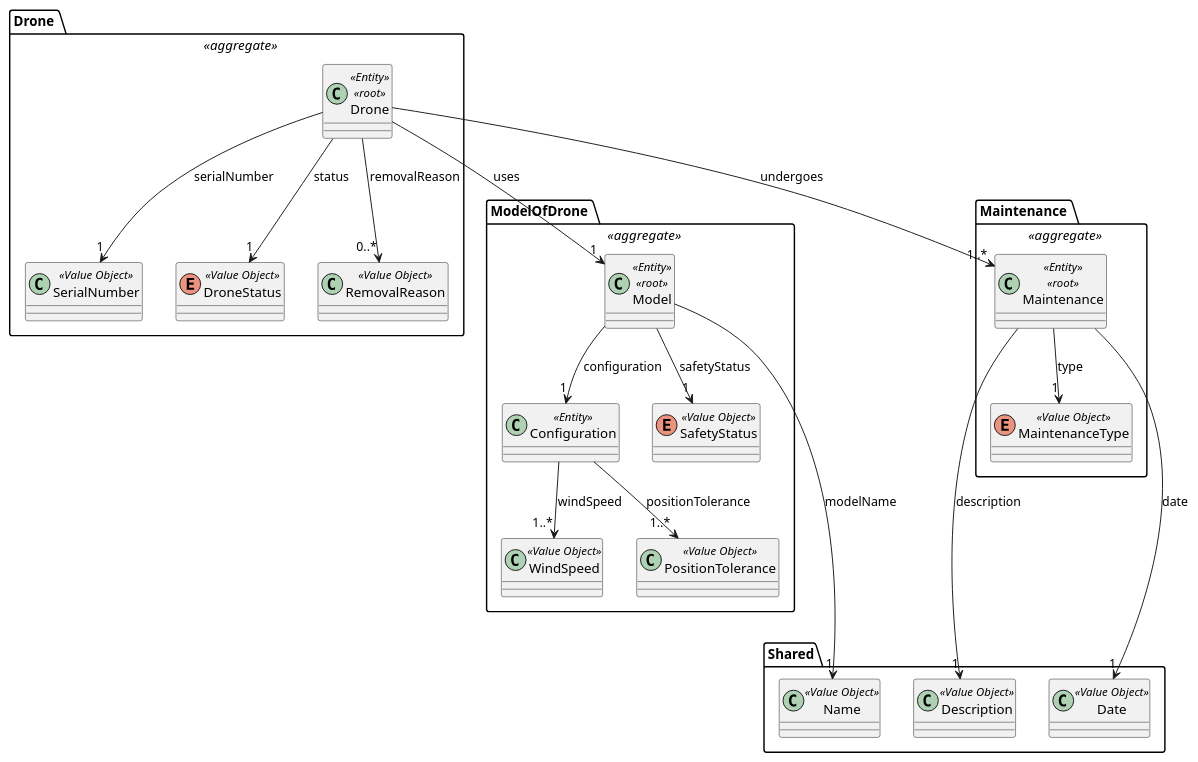
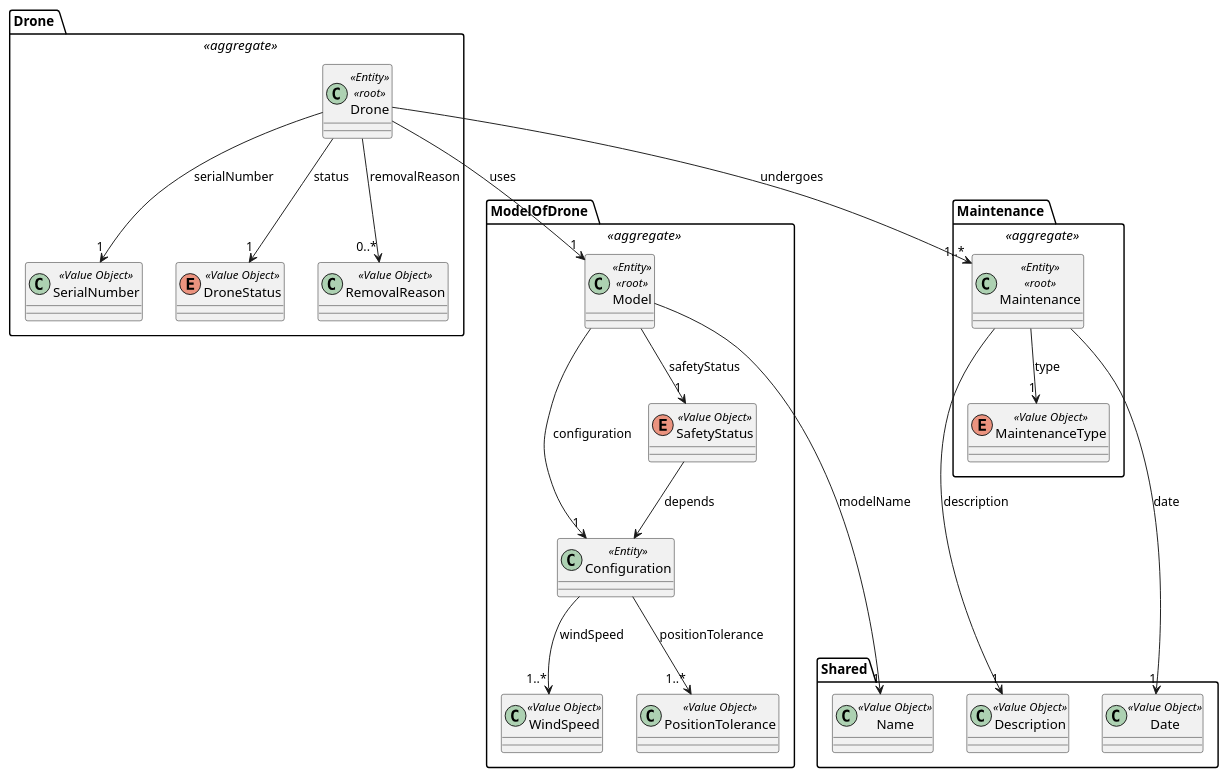
One commit to diogoveirospro/sem4pi-2024-2025-sem4pi_2024_2025_g44 changed the diagram in docs/global_artifacts/analysis/puml/domain_model_drone.puml. Above: the diagram before and after it, drawn with PlantUML. The commit also changed 20 other files, not shown here.

```diff
--- a/docs/global_artifacts/analysis/puml/domain_model_drone.puml
+++ b/docs/global_artifacts/analysis/puml/domain_model_drone.puml
@@ -1,85 +1,87 @@
 @startuml
 
 package "Drone " <<aggregate>> {
 
     class Drone <<Entity>> <<root>>{
     }
 
     class SerialNumber <<Value Object>>{
     }
 
     enum DroneStatus <<Value Object>>{
     }
 
      class RemovalReason <<Value Object>>{
         }
 
     'Drone -> x
     Drone --> "1" DroneStatus: status
     Drone --> "1" SerialNumber: serialNumber
     Drone --> "0..*" RemovalReason: removalReason
 }
 
 package "ModelOfDrone " <<aggregate>> {
 
     class Model <<Entity>> <<root>>{
     }
 
     class Configuration <<Entity>>{
     }
 
     class WindSpeed <<Value Object>>{
     }
 
     class PositionTolerance <<Value Object>>{
     }
 
     enum SafetyStatus <<Value Object>>{
     }
 
     'Model -> x
     Model --> "1" Configuration: configuration
     Configuration --> "1..*" WindSpeed: windSpeed
     Configuration --> "1..*" PositionTolerance: positionTolerance
     Model --> "1" SafetyStatus: safetyStatus
+        SafetyStatus -->  Configuration: depends
+
 
     'Drone -> x
     Drone --> "1" Model: uses
 
 }
 
 package "Maintenance " <<aggregate>> {
 
     class Maintenance <<Entity>> <<root>>{
     }
 
     enum MaintenanceType <<Value Object>>{
     }
 
     'Maintenance -> x
     Maintenance --> "1" MaintenanceType: type
 
     'Drone -> x
     Drone --> "1..*" Maintenance: undergoes
 }
 
 package Shared {
 
     class Date <<Value Object>>{
     }
 
     class Description <<Value Object>>{
     }
 
     class Name <<Value Object>>{
     }
 
     'Maintenance -> x
     Maintenance ----> "1" Date: date
     Maintenance ----> "1" Description: description
 
     'Model -> x
     Model ----> "1" Name: modelName
 }
 
 @enduml
```
